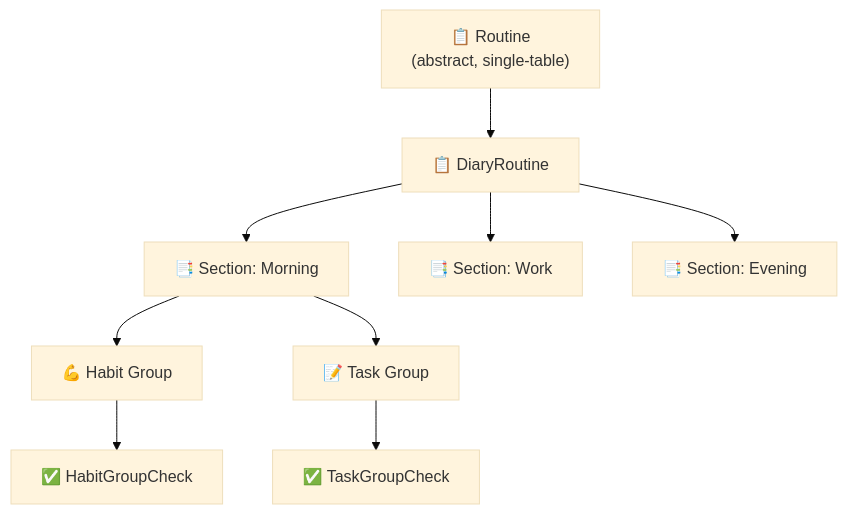
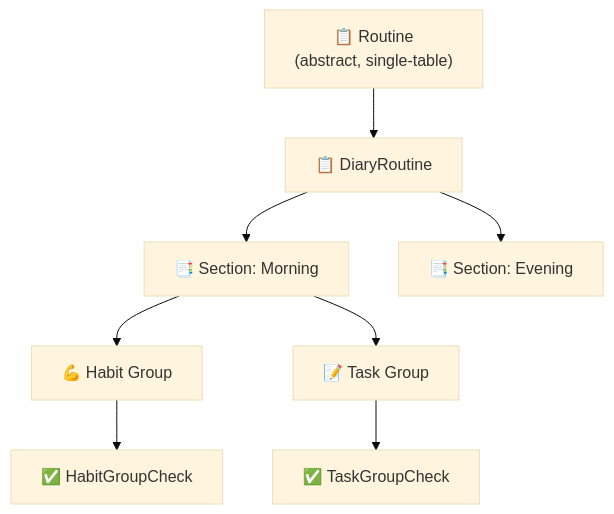
One commit to AndDev741/Beyou-arch-design changed the third of 5 diagrams in architecture/domain-model/en.md. Above: the diagram before and after it, drawn with Mermaid (base theme). The commit also changed other lines of this file and 3 other files, not shown here.

First line of the commit message:
docs(architecture): bring the domain model up to the real entity set

````diff
--- a/architecture/domain-model/en.md
+++ b/architecture/domain-model/en.md
@@ -198,12 +197,11 @@
 ```mermaid
 flowchart TD
   R["📋 Routine<br/>(abstract, single-table)"]
   R --> DR["📋 DiaryRoutine"]
   DR --> RS1["📑 Section: Morning"]
-  DR --> RS2["📑 Section: Work"]
-  DR --> RS3["📑 Section: Evening"]
+  DR --> RS2["📑 Section: Evening"]
   RS1 --> HG1["💪 Habit Group"]
   RS1 --> TG1["📝 Task Group"]
   HG1 --> HC["✅ HabitGroupCheck"]
   TG1 --> TC["✅ TaskGroupCheck"]
 ```
````
